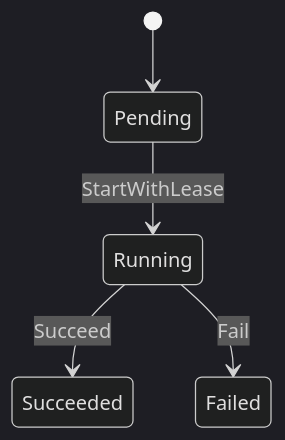
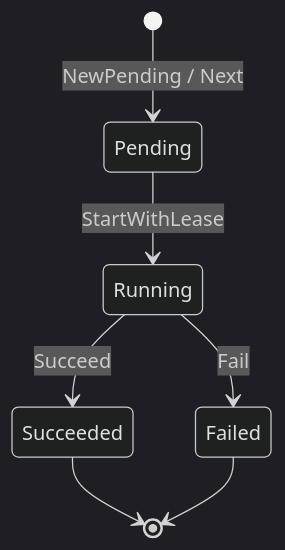
The third of 4 diagrams in docs/02-业务模块/40-interpretation/10-领域模型.md (FangcunMount/qs-server), drawn with Mermaid (dark theme) before and after one commit. The commit also changed other lines of this file and 43 other files, not shown here.

````diff
--- a/docs/02-业务模块/40-interpretation/10-领域模型.md
+++ b/docs/02-业务模块/40-interpretation/10-领域模型.md
@@ -113,7 +330,9 @@
 ```mermaid
 stateDiagram-v2
-    [*] --> Pending
+    [*] --> Pending: NewPending / Next
     Pending --> Running: StartWithLease
     Running --> Succeeded: Succeed
     Running --> Failed: Fail
+    Succeeded --> [*]
+    Failed --> [*]
 ```
````
